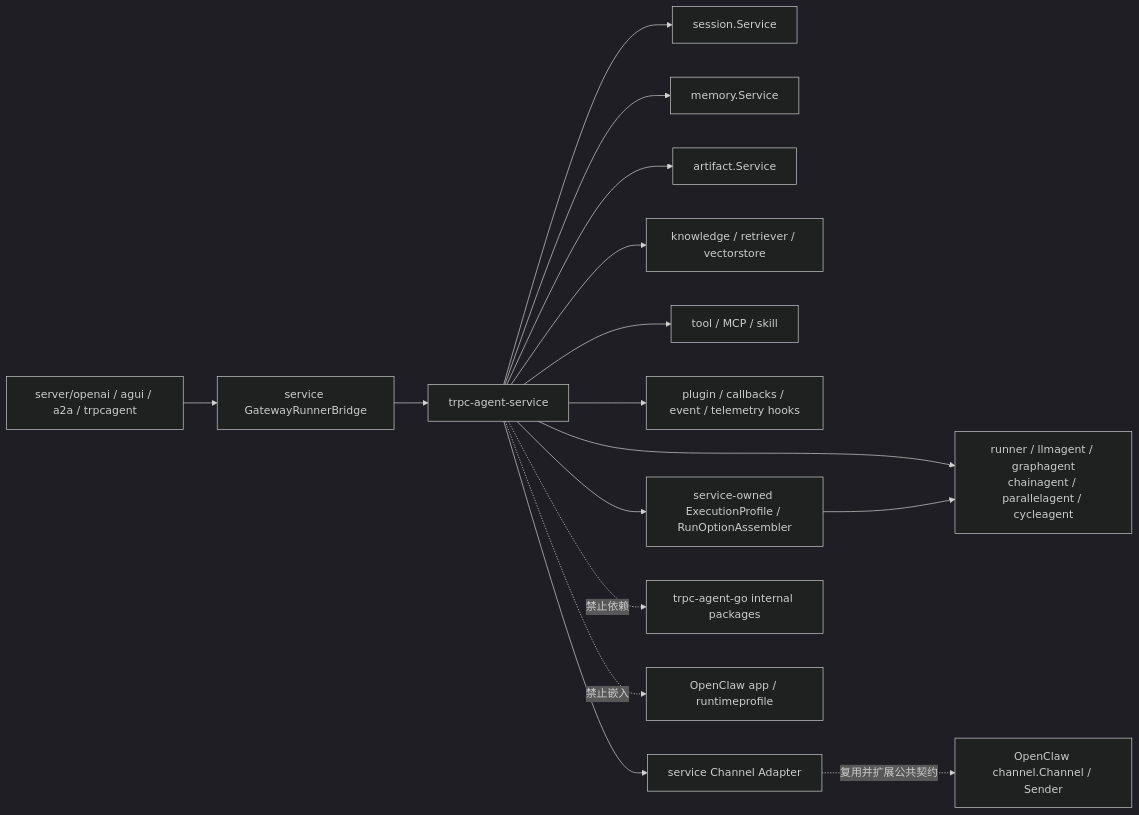
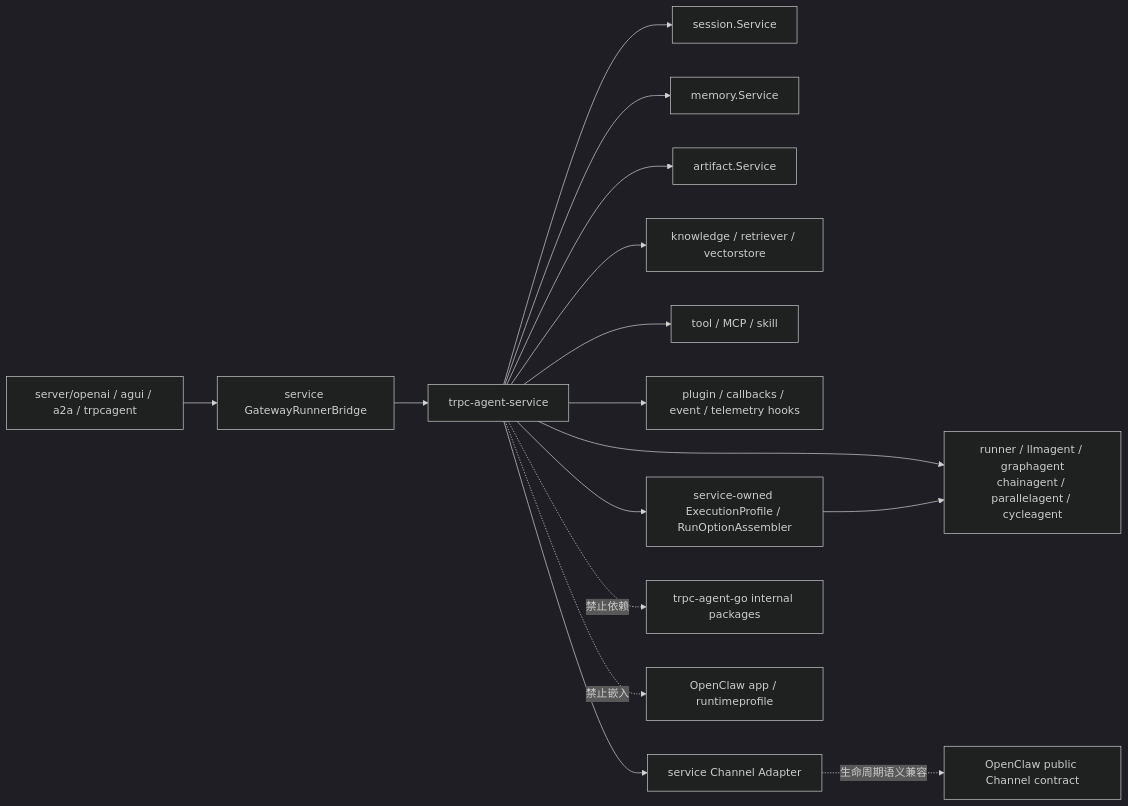
One commit to everfid-ever/trpc-agent-service changed the second of 2 diagrams in docs/design/6.module-boundaries.md. Above: the diagram before and after it, drawn with Mermaid (dark theme). The commit also changed other lines of this file and 15 other files, not shown here.

````diff
--- a/docs/design/6.module-boundaries.md
+++ b/docs/design/6.module-boundaries.md
@@ -75,18 +67,18 @@
 ```mermaid
 flowchart LR
   S["trpc-agent-service"] --> R["runner / llmagent / graphagent<br/>chainagent / parallelagent / cycleagent"]
   S --> SS["session.Service"]
   S --> MS["memory.Service"]
   S --> AS["artifact.Service"]
   S --> KS["knowledge / retriever / vectorstore"]
   S --> SK["tool / MCP / skill"]
   S --> TM["plugin / callbacks / event / telemetry hooks"]
   SF["server/openai / agui / a2a / trpcagent"] --> GB["service GatewayRunnerBridge"]
   GB --> S
   EP["service-owned ExecutionProfile / RunOptionAssembler"] --> R
   S --> EP
-  C["service Channel Adapter"] -. "复用并扩展公共契约" .-> OC["OpenClaw channel.Channel / Sender"]
+  C["service Channel Adapter"] -. "生命周期语义兼容" .-> OC["OpenClaw public Channel contract"]
   S --> C
   S -. "禁止依赖" .-> I["trpc-agent-go internal packages"]
   S -. "禁止嵌入" .-> O["OpenClaw app / runtimeprofile"]
 ```
````
